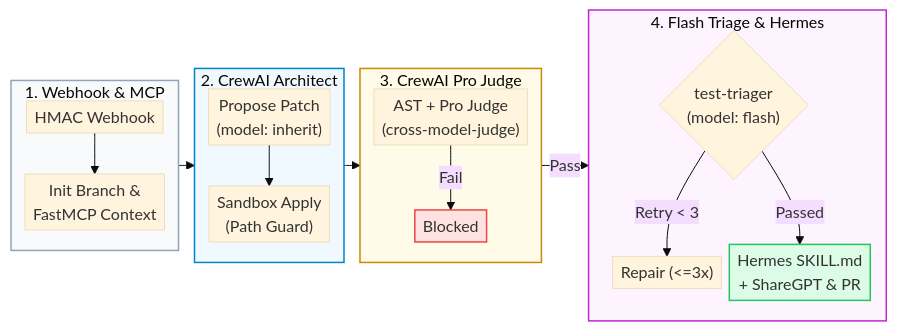
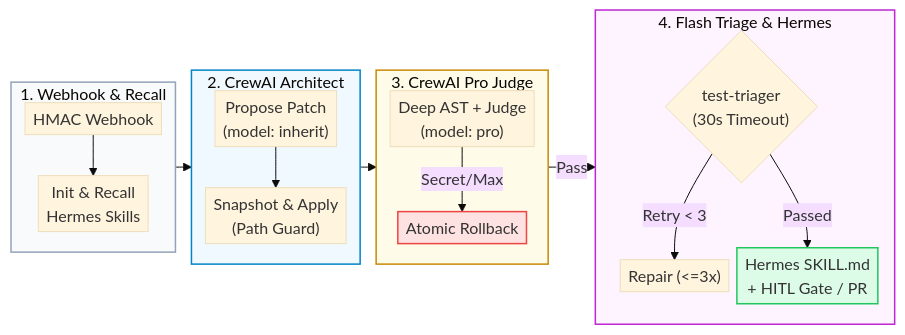
One commit to Kenono2000/enterprise-rag-pgvector-rbac changed the sixth of 7 diagrams in README.md. Above: the diagram before and after it, drawn with Mermaid (base theme).

Commit message:
feat: Update flowchart terminology for webhook and skill recall processes

````diff
--- a/README.md
+++ b/README.md
@@ -151,28 +151,28 @@
 ```mermaid
 %%{init: {'flowchart': {'nodeSpacing': 8, 'rankSpacing': 16, 'padding': 4}}}%%
 flowchart LR
-    subgraph Intake ["1. Webhook & MCP"]
+    subgraph Intake ["1. Webhook & Recall"]
         direction TB
-        Hook["HMAC Webhook"] --> Init["Init Branch &<br/>FastMCP Context"]
+        Hook["HMAC Webhook"] --> Init["Init & Recall<br/>Hermes Skills"]
     end
     subgraph Gen ["2. CrewAI Architect"]
         direction TB
-        Propose["Propose Patch<br/>(model: inherit)"] --> Apply["Sandbox Apply<br/>(Path Guard)"]
+        Propose["Propose Patch<br/>(model: inherit)"] --> Apply["Snapshot & Apply<br/>(Path Guard)"]
     end
     subgraph Audit ["3. CrewAI Pro Judge"]
         direction TB
-        Inspect["AST + Pro Judge<br/>(cross-model-judge)"] -->|Fail| Reject["Blocked"]
+        Inspect["Deep AST + Judge<br/>(model: pro)"] -->|Secret/Max| Reject["Atomic Rollback"]
     end
     subgraph Verify ["4. Flash Triage & Hermes"]
         direction TB
-        Test{"test-triager<br/>(model: flash)"} -->|Retry < 3| Repair["Repair (<=3x)"]
-        Test -->|Passed| Hermes["Hermes SKILL.md<br/>+ ShareGPT & PR"]
+        Test{"test-triager<br/>(30s Timeout)"} -->|Retry < 3| Repair["Repair (<=3x)"]
+        Test -->|Passed| Hermes["Hermes SKILL.md<br/>+ HITL Gate / PR"]
     end
     Intake --> Gen --> Audit -->|Pass| Verify
     style Intake fill:#f8fafc,stroke:#94a3b8,stroke-width:1.5px
     style Gen fill:#f0f9ff,stroke:#0284c7,stroke-width:1.5px
     style Audit fill:#fefce8,stroke:#ca8a04,stroke-width:1.5px
     style Verify fill:#fdf4ff,stroke:#c026d3,stroke-width:1.5px
     style Reject fill:#fee2e2,stroke:#ef4444,stroke-width:1.5px
     style Hermes fill:#dcfce7,stroke:#22c55e,stroke-width:1.5px
 ```
````
